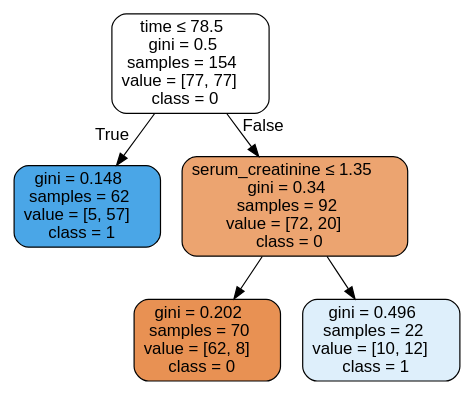
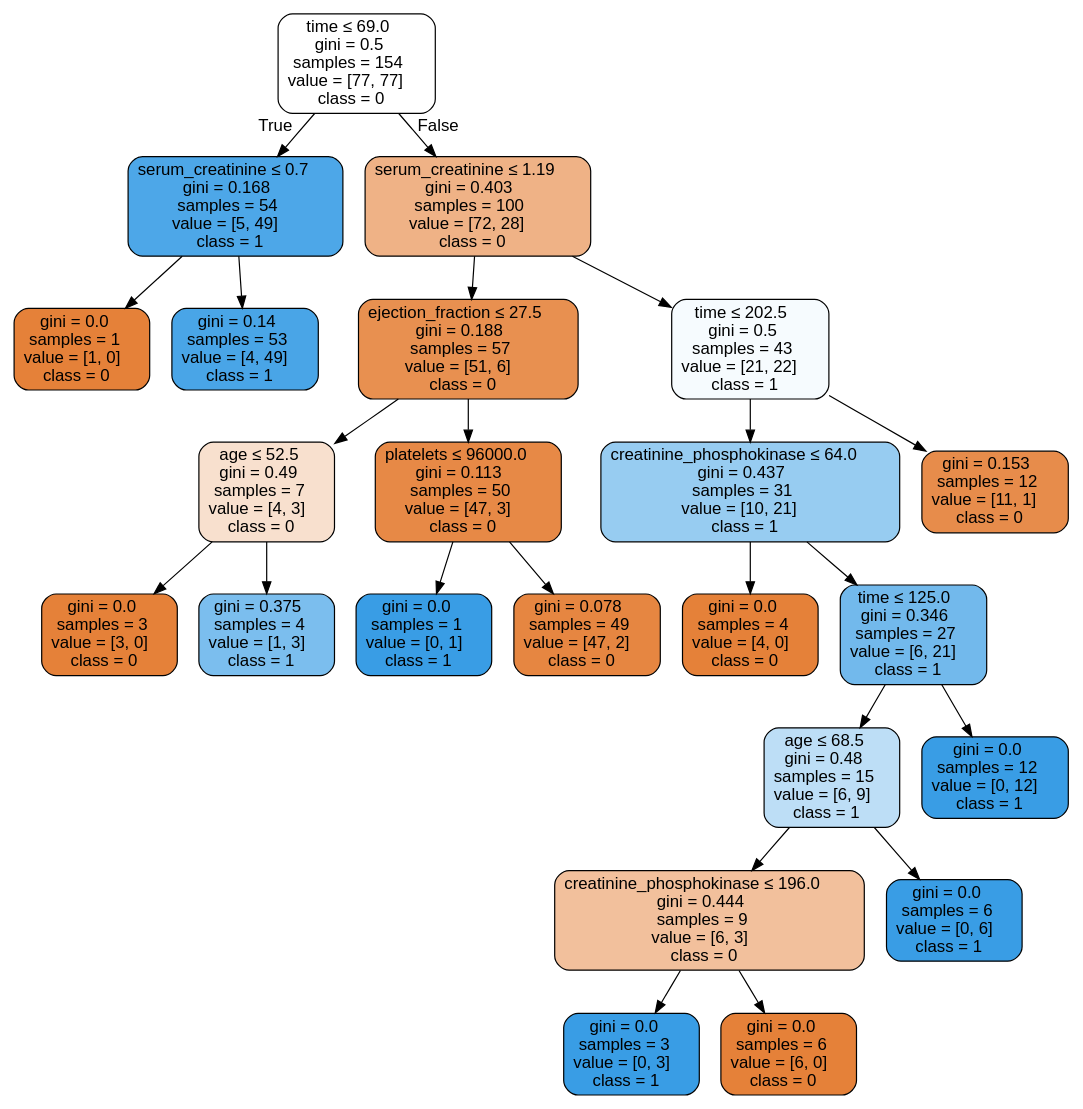
One commit to isabelSoares/CD-2021 changed the diagram in Labs/NewClassifiers/Results/DecisionTrees/UnderSample/ - No Outliers/HFCR - UnderSample - dtree.dot. Above: the diagram before and after it, drawn with Graphviz. The commit also changed 275 other files, not shown here.

```diff
--- a/Labs/NewClassifiers/Results/DecisionTrees/UnderSample/ - No Outliers/HFCR - UnderSample - dtree.dot
+++ b/Labs/NewClassifiers/Results/DecisionTrees/UnderSample/ - No Outliers/HFCR - UnderSample - dtree.dot
@@ -1,13 +1,49 @@
 digraph Tree {
 node [shape=box, style="filled, rounded", color="black", fontname=helvetica] ;
 edge [fontname=helvetica] ;
-0 [label=<time &le; 78.5<br/>gini = 0.5<br/>samples = 154<br/>value = [77, 77]<br/>class = 0>, fillcolor="#ffffff"] ;
-1 [label=<gini = 0.148<br/>samples = 62<br/>value = [5, 57]<br/>class = 1>, fillcolor="#4aa6e7"] ;
+0 [label=<time &le; 69.0<br/>gini = 0.5<br/>samples = 154<br/>value = [77, 77]<br/>class = 0>, fillcolor="#ffffff"] ;
+1 [label=<serum_creatinine &le; 0.7<br/>gini = 0.168<br/>samples = 54<br/>value = [5, 49]<br/>class = 1>, fillcolor="#4da7e8"] ;
 0 -> 1 [labeldistance=2.5, labelangle=45, headlabel="True"] ;
-2 [label=<serum_creatinine &le; 1.35<br/>gini = 0.34<br/>samples = 92<br/>value = [72, 20]<br/>class = 0>, fillcolor="#eca470"] ;
-0 -> 2 [labeldistance=2.5, labelangle=-45, headlabel="False"] ;
-3 [label=<gini = 0.202<br/>samples = 70<br/>value = [62, 8]<br/>class = 0>, fillcolor="#e89153"] ;
-2 -> 3 ;
-4 [label=<gini = 0.496<br/>samples = 22<br/>value = [10, 12]<br/>class = 1>, fillcolor="#deeffb"] ;
-2 -> 4 ;
+2 [label=<gini = 0.0<br/>samples = 1<br/>value = [1, 0]<br/>class = 0>, fillcolor="#e58139"] ;
+1 -> 2 ;
+3 [label=<gini = 0.14<br/>samples = 53<br/>value = [4, 49]<br/>class = 1>, fillcolor="#49a5e7"] ;
+1 -> 3 ;
+4 [label=<serum_creatinine &le; 1.19<br/>gini = 0.403<br/>samples = 100<br/>value = [72, 28]<br/>class = 0>, fillcolor="#efb286"] ;
+0 -> 4 [labeldistance=2.5, labelangle=-45, headlabel="False"] ;
+5 [label=<ejection_fraction &le; 27.5<br/>gini = 0.188<br/>samples = 57<br/>value = [51, 6]<br/>class = 0>, fillcolor="#e89050"] ;
+4 -> 5 ;
+6 [label=<age &le; 52.5<br/>gini = 0.49<br/>samples = 7<br/>value = [4, 3]<br/>class = 0>, fillcolor="#f8e0ce"] ;
+5 -> 6 ;
+7 [label=<gini = 0.0<br/>samples = 3<br/>value = [3, 0]<br/>class = 0>, fillcolor="#e58139"] ;
+6 -> 7 ;
+8 [label=<gini = 0.375<br/>samples = 4<br/>value = [1, 3]<br/>class = 1>, fillcolor="#7bbeee"] ;
+6 -> 8 ;
+9 [label=<platelets &le; 96000.0<br/>gini = 0.113<br/>samples = 50<br/>value = [47, 3]<br/>class = 0>, fillcolor="#e78946"] ;
+5 -> 9 ;
+10 [label=<gini = 0.0<br/>samples = 1<br/>value = [0, 1]<br/>class = 1>, fillcolor="#399de5"] ;
+9 -> 10 ;
+11 [label=<gini = 0.078<br/>samples = 49<br/>value = [47, 2]<br/>class = 0>, fillcolor="#e68641"] ;
+9 -> 11 ;
+12 [label=<time &le; 202.5<br/>gini = 0.5<br/>samples = 43<br/>value = [21, 22]<br/>class = 1>, fillcolor="#f6fbfe"] ;
+4 -> 12 ;
+13 [label=<creatinine_phosphokinase &le; 64.0<br/>gini = 0.437<br/>samples = 31<br/>value = [10, 21]<br/>class = 1>, fillcolor="#97ccf1"] ;
+12 -> 13 ;
+14 [label=<gini = 0.0<br/>samples = 4<br/>value = [4, 0]<br/>class = 0>, fillcolor="#e58139"] ;
+13 -> 14 ;
+15 [label=<time &le; 125.0<br/>gini = 0.346<br/>samples = 27<br/>value = [6, 21]<br/>class = 1>, fillcolor="#72b9ec"] ;
+13 -> 15 ;
+16 [label=<age &le; 68.5<br/>gini = 0.48<br/>samples = 15<br/>value = [6, 9]<br/>class = 1>, fillcolor="#bddef6"] ;
+15 -> 16 ;
+17 [label=<creatinine_phosphokinase &le; 196.0<br/>gini = 0.444<br/>samples = 9<br/>value = [6, 3]<br/>class = 0>, fillcolor="#f2c09c"] ;
+16 -> 17 ;
+18 [label=<gini = 0.0<br/>samples = 3<br/>value = [0, 3]<br/>class = 1>, fillcolor="#399de5"] ;
+17 -> 18 ;
+19 [label=<gini = 0.0<br/>samples = 6<br/>value = [6, 0]<br/>class = 0>, fillcolor="#e58139"] ;
+17 -> 19 ;
+20 [label=<gini = 0.0<br/>samples = 6<br/>value = [0, 6]<br/>class = 1>, fillcolor="#399de5"] ;
+16 -> 20 ;
+21 [label=<gini = 0.0<br/>samples = 12<br/>value = [0, 12]<br/>class = 1>, fillcolor="#399de5"] ;
+15 -> 21 ;
+22 [label=<gini = 0.153<br/>samples = 12<br/>value = [11, 1]<br/>class = 0>, fillcolor="#e78c4b"] ;
+12 -> 22 ;
 }
```
